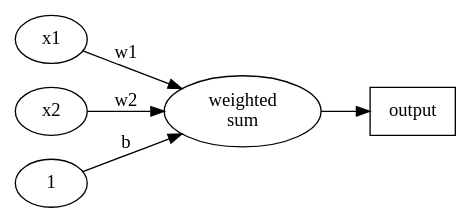
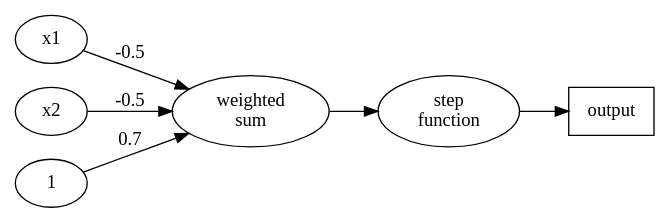
Before and after one commit to letranger/AI: the seventh of 9 diagrams in 20221023103538-感知器.org, drawn with Graphviz. The commit also changed other lines of this file and 37 other files, not shown here.

```diff
--- a/20221023103538-感知器.org
+++ b/20221023103538-感知器.org
@@ -432,11 +326,11 @@
-#+BEGIN_SRC dot :file ./images/perceptron-2.png :cmdline -Kdot -Tpng
+#+BEGIN_SRC dot :file ./images/nandGatePerceptron.png :cmdline -Kdot -Tpng
 digraph perceptron {
   rankdir=LR
   sigma [label="weighted\n sum"]
   output [label="output" shape="record"]
-  x1 -> sigma [label = w1]
-  x2 -> sigma [label = w2]
-  1 -> sigma[label = b]
-  sigma -> output
+  x1 -> sigma [label = -0.5]
+  x2 -> sigma [label = -0.5]
+  1 -> sigma[label = 0.7]
+  sigma -> "step\nfunction" -> output
 }
 #+END_SRC
```
